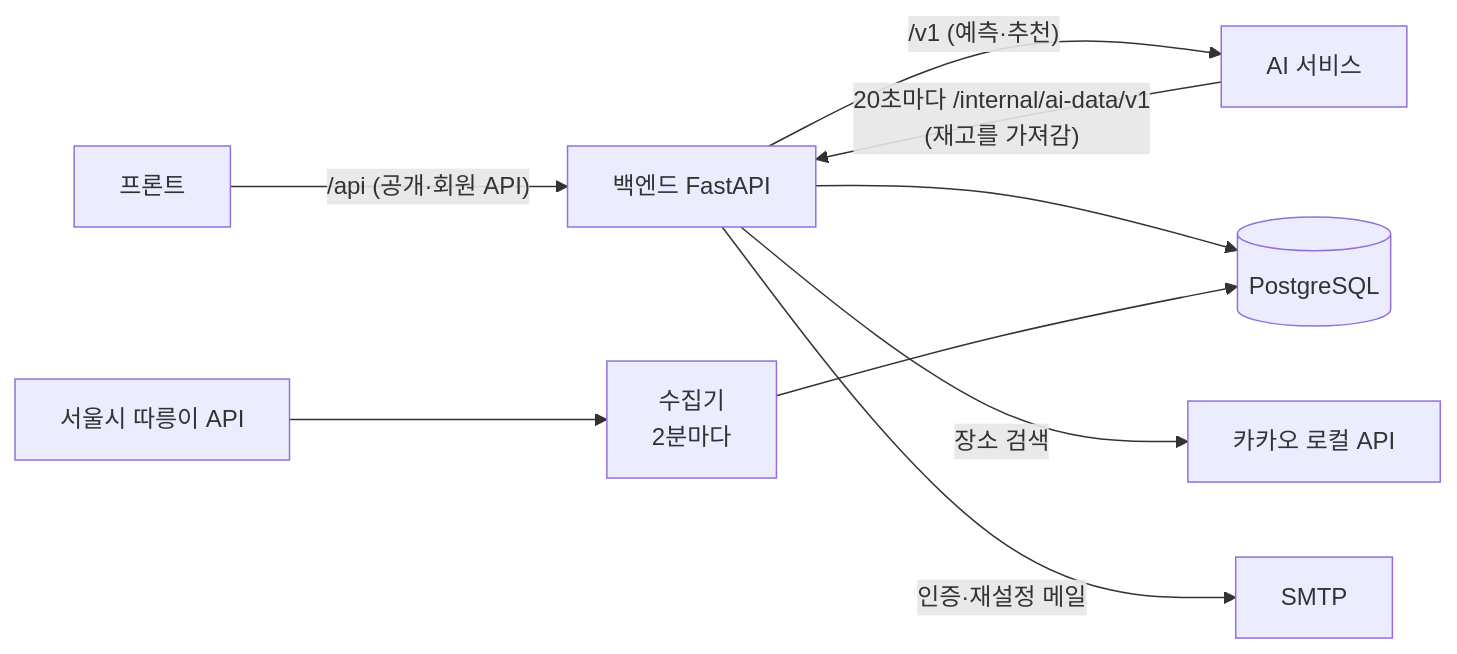
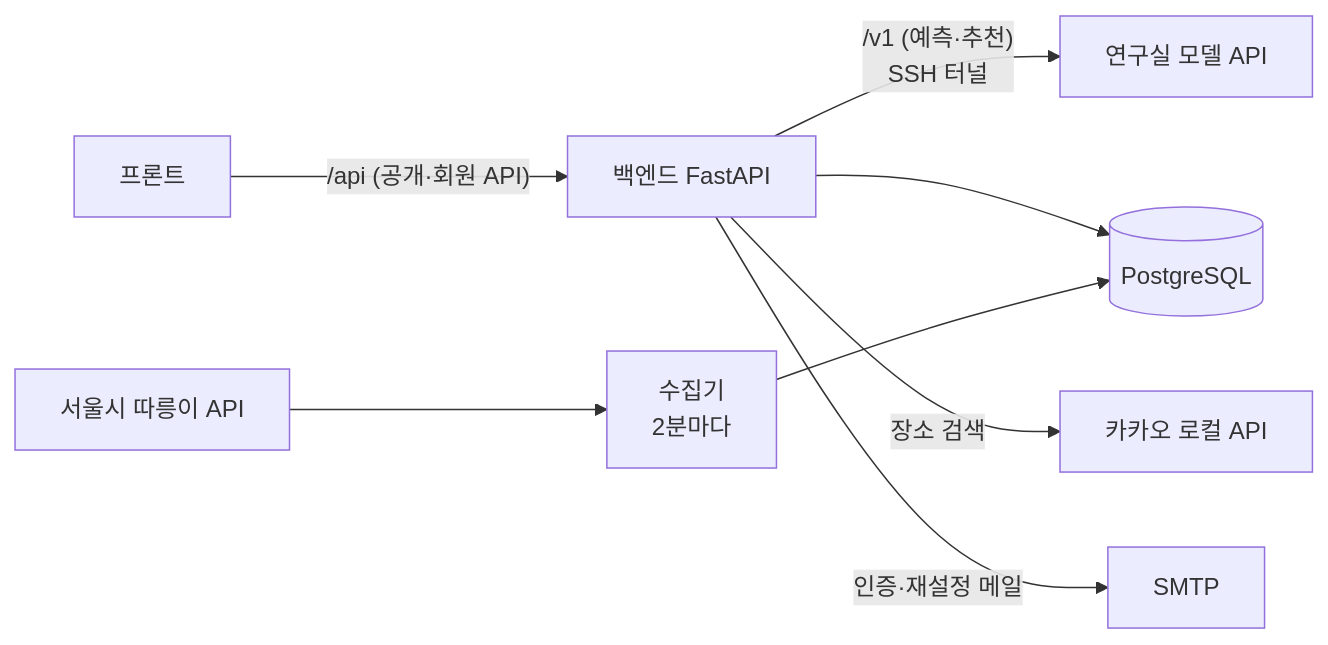
Before and after one commit to Honggyu-Chun/seoul-bike-risk-forecast: the first of 6 diagrams in backend/docs/DECISIONS.md, drawn with Mermaid. The commit also changed other lines of this file and 3 other files, not shown here.

````diff
--- a/backend/docs/DECISIONS.md
+++ b/backend/docs/DECISIONS.md
@@ -31,11 +32,10 @@
 ```mermaid
 flowchart LR
     FE[프론트] -- "/api (공개·회원 API)" --> BE[백엔드 FastAPI]
-    BE -- "/v1 (예측·추천)" --> AI[AI 서비스]
-    AI -- "20초마다 /internal/ai-data/v1<br/>(재고를 가져감)" --> BE
+    BE -- "/v1 (예측·추천)<br/>SSH 터널" --> AI[연구실 모델 API]
     BE --> DB[(PostgreSQL)]
     COL[수집기<br/>2분마다] --> DB
     SEOUL[서울시 따릉이 API] --> COL
     BE -- "장소 검색" --> KAKAO[카카오 로컬 API]
     BE -- "인증·재설정 메일" --> SMTP[SMTP]
 ```
````
